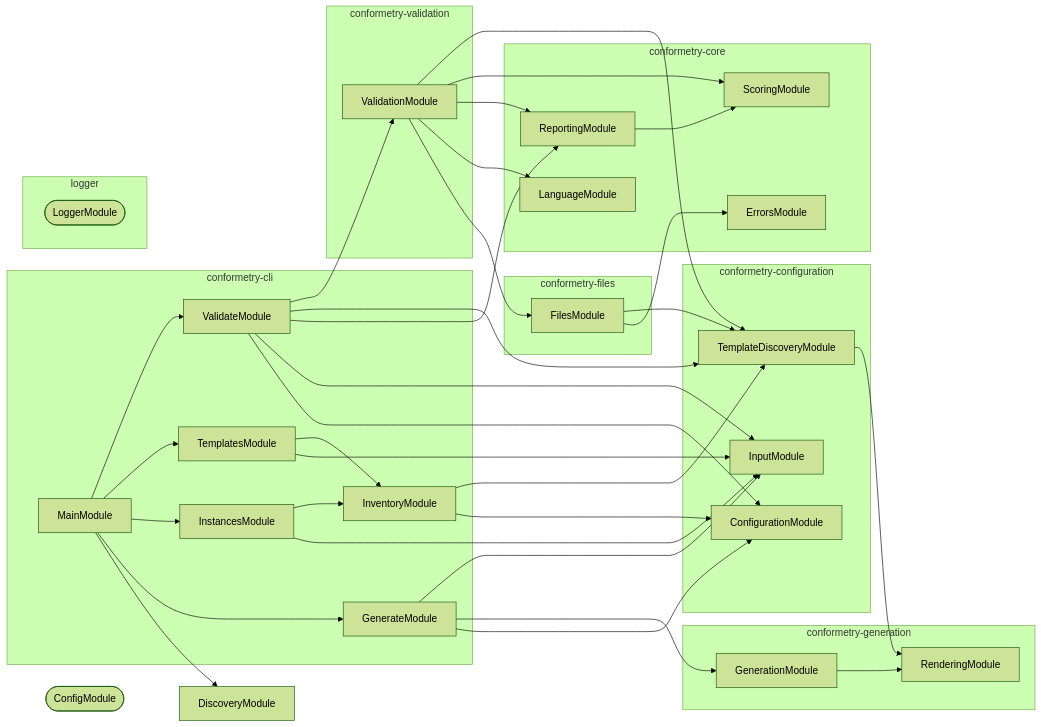
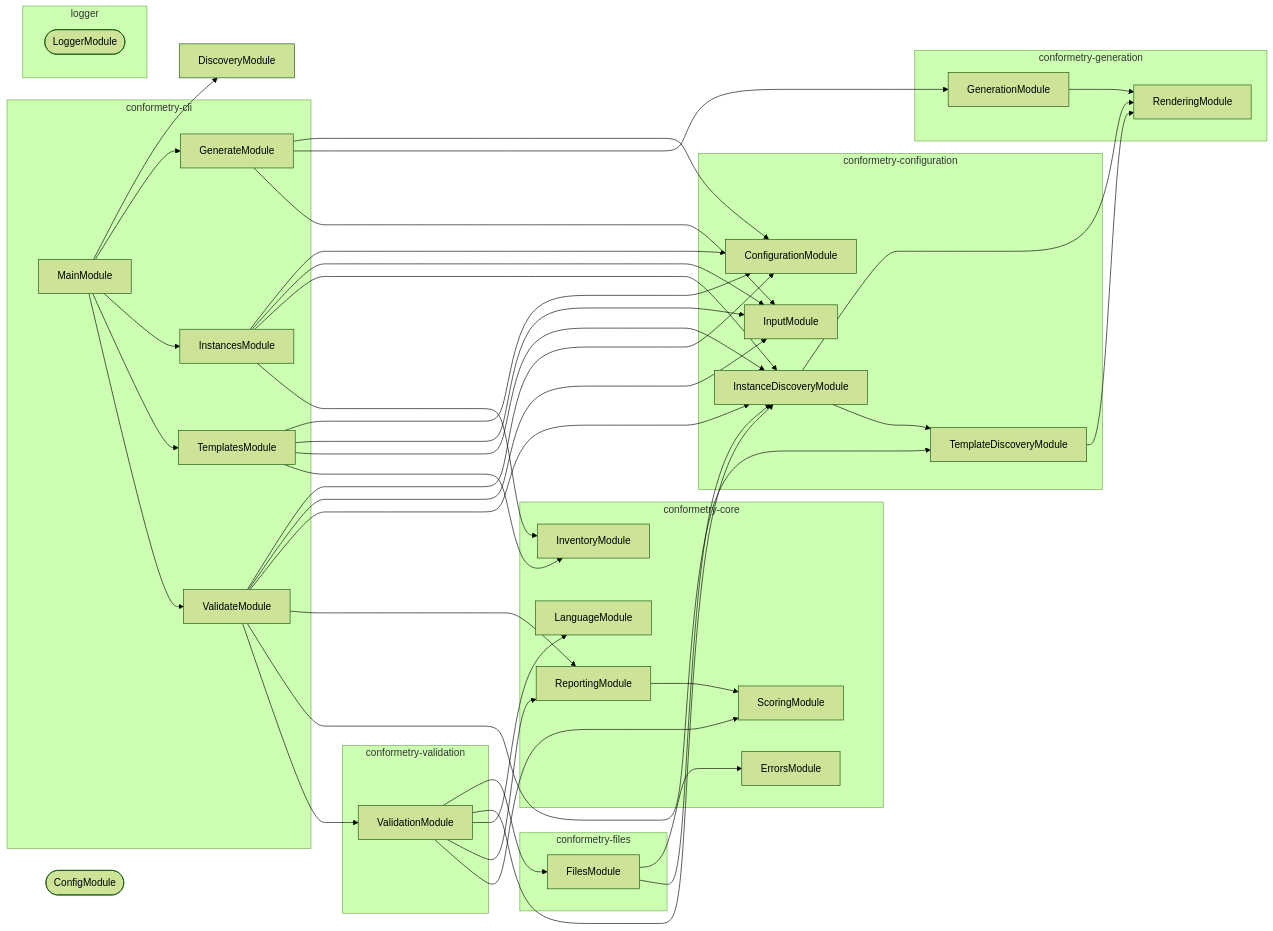
The diagram in packages/conformetry-cli/AGENTS.md (JimmyPaolini/codebase), drawn with Mermaid (forest theme) before and after one commit. The commit also changed 64 other files, not shown here.

Commit message:
refactor(conformetry): ♻️ split discovery into template and instance modules

````diff
--- a/packages/conformetry-cli/AGENTS.md
+++ b/packages/conformetry-cli/AGENTS.md
@@ -58,66 +58,72 @@
 ```mermaid
 flowchart LR
   subgraph group0["conformetry-cli"]
     GenerateModule
     InstancesModule
-    InventoryModule
     MainModule
     TemplatesModule
     ValidateModule
   end
   subgraph group1["conformetry-configuration"]
     ConfigurationModule
     InputModule
+    InstanceDiscoveryModule
     TemplateDiscoveryModule
   end
   subgraph group2["conformetry-core"]
     ErrorsModule
+    InventoryModule
     LanguageModule
     ReportingModule
     ScoringModule
   end
   subgraph group3["conformetry-files"]
     FilesModule
   end
   subgraph group4["conformetry-generation"]
     GenerationModule
     RenderingModule
   end
   subgraph group5["conformetry-validation"]
     ValidationModule
   end
   subgraph group6["logger"]
     LoggerModule([LoggerModule])
   end
   ConfigModule([ConfigModule])
   DiscoveryModule
   FilesModule --> ErrorsModule
-  FilesModule --> TemplateDiscoveryModule
+  FilesModule --> InstanceDiscoveryModule
   GenerateModule --> ConfigurationModule
   GenerateModule --> GenerationModule
   GenerateModule --> InputModule
   GenerationModule --> RenderingModule
+  InstanceDiscoveryModule --> RenderingModule
+  InstanceDiscoveryModule --> TemplateDiscoveryModule
+  InstancesModule --> ConfigurationModule
   InstancesModule --> InputModule
+  InstancesModule --> InstanceDiscoveryModule
   InstancesModule --> InventoryModule
-  InventoryModule --> ConfigurationModule
-  InventoryModule --> TemplateDiscoveryModule
   MainModule --> DiscoveryModule
   MainModule --> GenerateModule
   MainModule --> InstancesModule
   MainModule --> TemplatesModule
   MainModule --> ValidateModule
   ReportingModule --> ScoringModule
   TemplateDiscoveryModule --> RenderingModule
+  TemplatesModule --> ConfigurationModule
   TemplatesModule --> InputModule
+  TemplatesModule --> InstanceDiscoveryModule
   TemplatesModule --> InventoryModule
   ValidateModule --> ConfigurationModule
   ValidateModule --> InputModule
+  ValidateModule --> InstanceDiscoveryModule
   ValidateModule --> ReportingModule
   ValidateModule --> TemplateDiscoveryModule
   ValidateModule --> ValidationModule
   ValidationModule --> FilesModule
+  ValidationModule --> InstanceDiscoveryModule
   ValidationModule --> LanguageModule
   ValidationModule --> ReportingModule
   ValidationModule --> ScoringModule
-  ValidationModule --> TemplateDiscoveryModule
 ```
````
